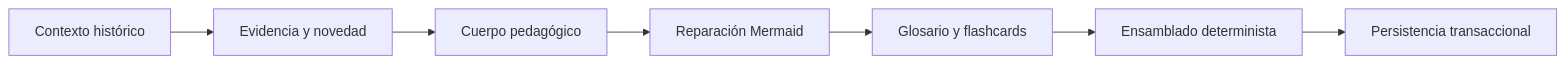
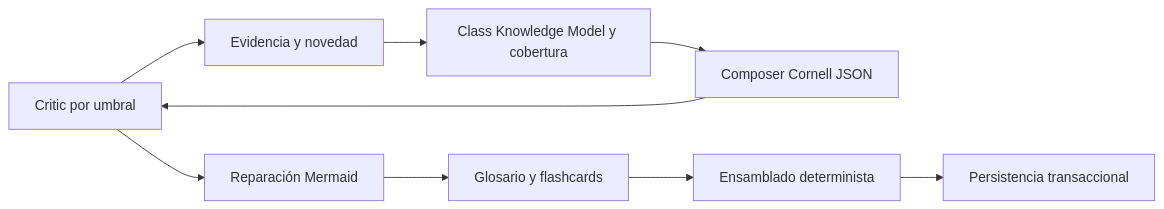
The diagram in docs/agent-architecture.md (JamesKristofUbiarco/Concat-notes), drawn with Mermaid before and after one commit. The commit also changed other lines of this file and 35 other files, not shown here.

````diff
--- a/docs/agent-architecture.md
+++ b/docs/agent-architecture.md
@@ -18,9 +18,11 @@
 ```mermaid
 flowchart LR
     C[Contexto histórico] --> E[Evidencia y novedad]
-    E --> B[Cuerpo pedagógico]
-    B --> M[Reparación Mermaid]
+    E --> K[Class Knowledge Model y cobertura]
+    K --> B[Composer Cornell JSON]
+    B --> C[Critic por umbral]
+    C --> M[Reparación Mermaid]
     M --> S[Glosario y flashcards]
     S --> A[Ensamblado determinista]
     A --> P[Persistencia transaccional]
 ```
````
